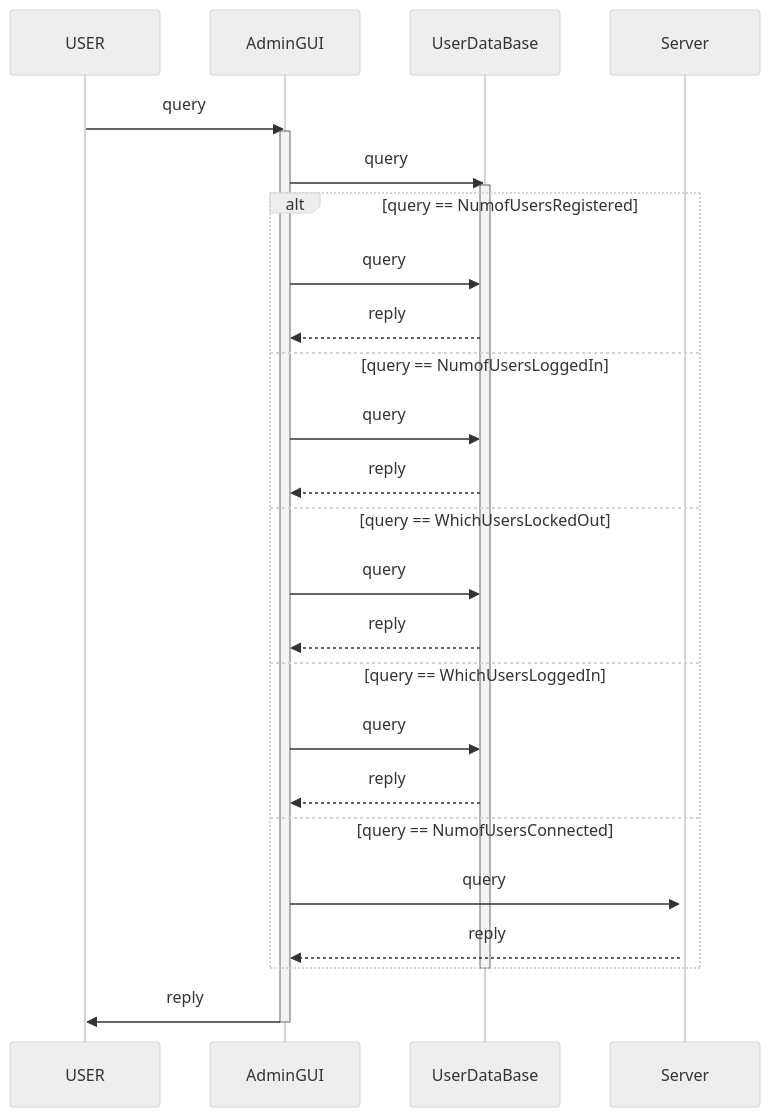
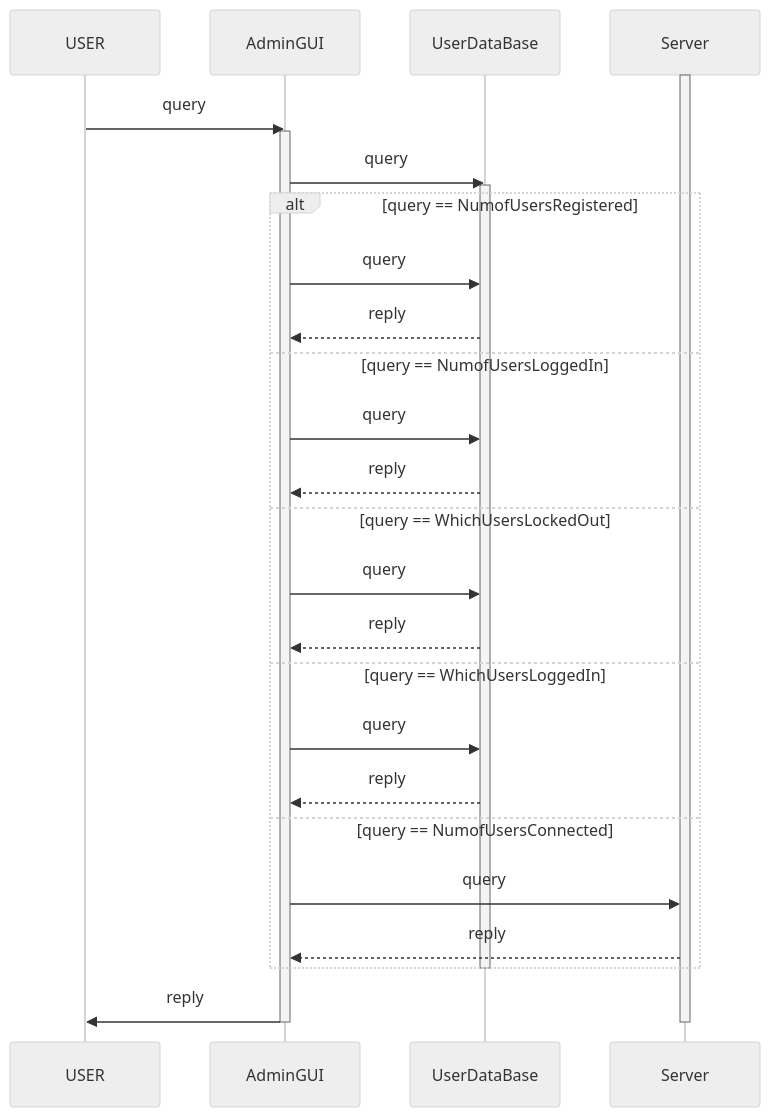
One commit to kalihale/SecureClientServerSystemFramework changed the eighth of 10 diagrams in Documentation/SequenceDiagrams.md. Above: the diagram before and after it, drawn with Mermaid (neutral theme). The commit also changed other lines of this file and 2 other files, not shown here.

Commit message:
Added use case diagram

````diff
--- a/Documentation/SequenceDiagrams.md
+++ b/Documentation/SequenceDiagrams.md
@@ -186,27 +188,28 @@
 ```mermaid
 sequenceDiagram
 activate Server
 USER ->> AdminGUI: query
 activate AdminGUI
 AdminGUI ->> UserDataBase: query
 activate UserDataBase
 alt query == NumofUsersRegistered
 AdminGUI ->> UserDataBase: query
 UserDataBase -->> AdminGUI: reply
 else query == NumofUsersLoggedIn
 AdminGUI ->> UserDataBase: query
 UserDataBase -->> AdminGUI: reply
 else query == WhichUsersLockedOut
 AdminGUI ->> UserDataBase: query
 UserDataBase -->> AdminGUI: reply
 else query == WhichUsersLoggedIn
 AdminGUI ->> UserDataBase: query
 UserDataBase -->> AdminGUI: reply
 else query == NumofUsersConnected
 AdminGUI ->> Server: query
 Server -->> AdminGUI: reply
 end
 deactivate UserDataBase
 AdminGUI ->> USER: reply
 deactivate AdminGUI
+deactivate Server
 ```
````
